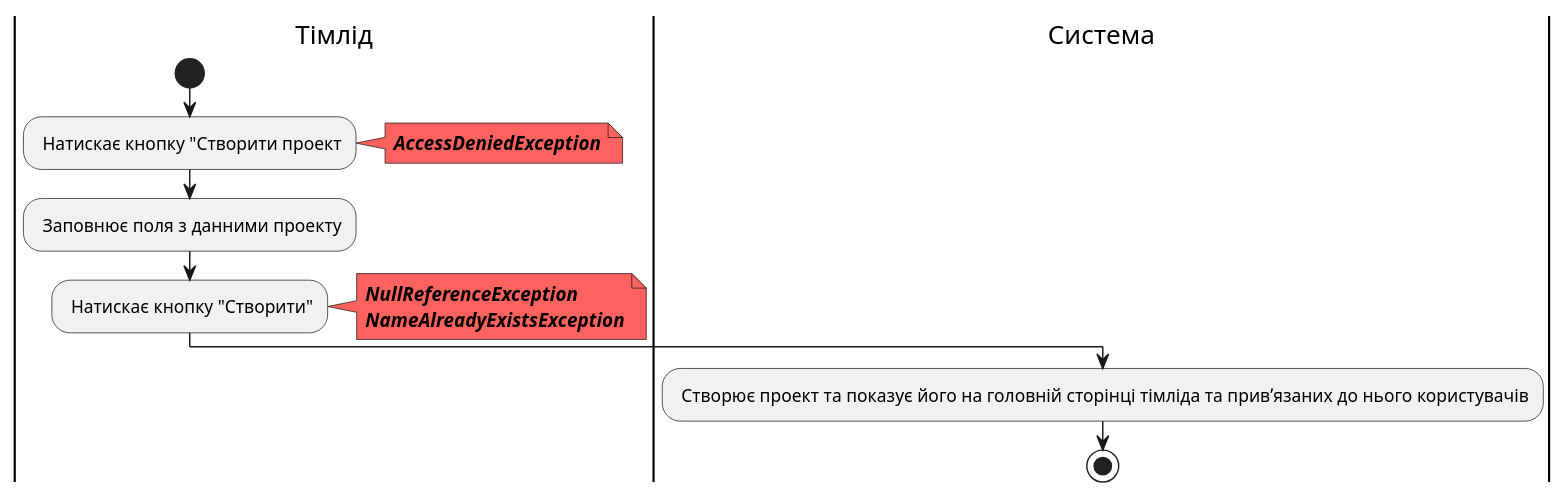
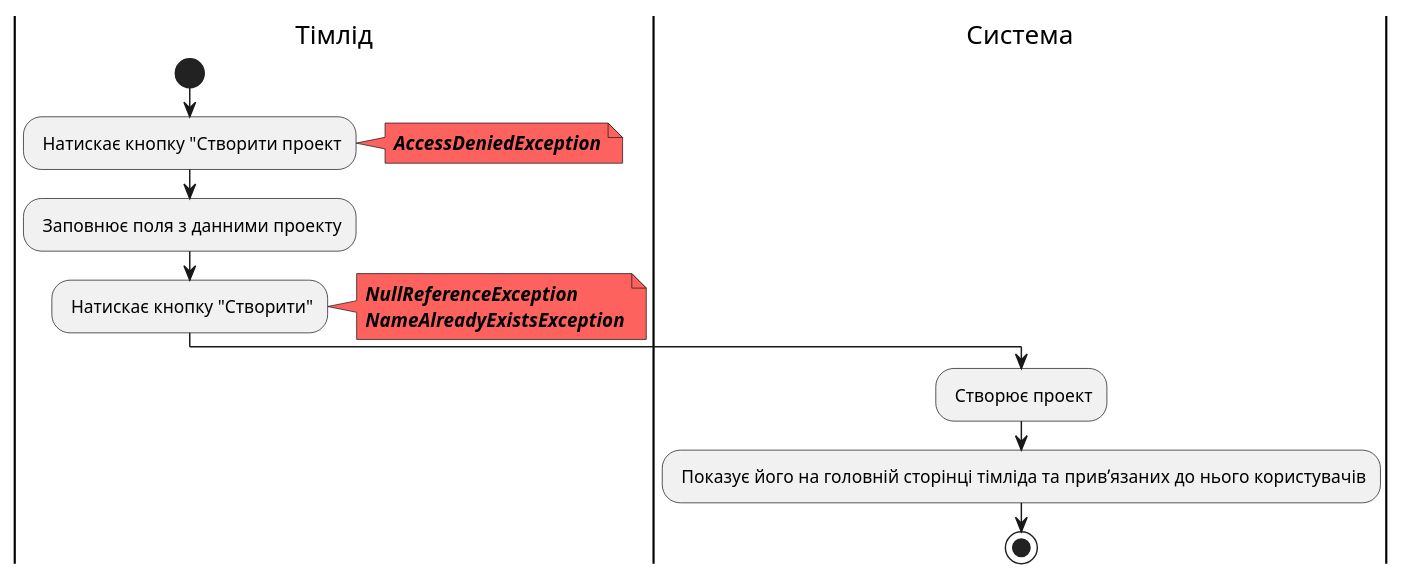
Before and after one commit to stbestichhh/db_project-manager: diagram 11 of 19 in docs/use cases/README.md, drawn with PlantUML. The commit also changed other lines of this file, not shown here.

```diff
--- a/docs/use cases/README.md
+++ b/docs/use cases/README.md
@@ -409,21 +409,22 @@
 @startuml
 
 |Тімлід|
 start;
 : Натискає кнопку "Створити проект;
 note right #fd625e
 <b><i>AccessDeniedException
 end note
 : Заповнює поля з данними проекту;
 : Натискає кнопку "Створити";
 note right #fd625e
 <b><i>NullReferenceException
 <b><i>NameAlreadyExistsException
 end note
 
 |Система|
- : Створює проект та показує його на головній сторінці тімліда та привʼязаних до нього користувачів; 
+ : Створює проект; 
+ : Показує його на головній сторінці тімліда та привʼязаних до нього користувачів; 
 
  stop;
 
 @enduml
```
